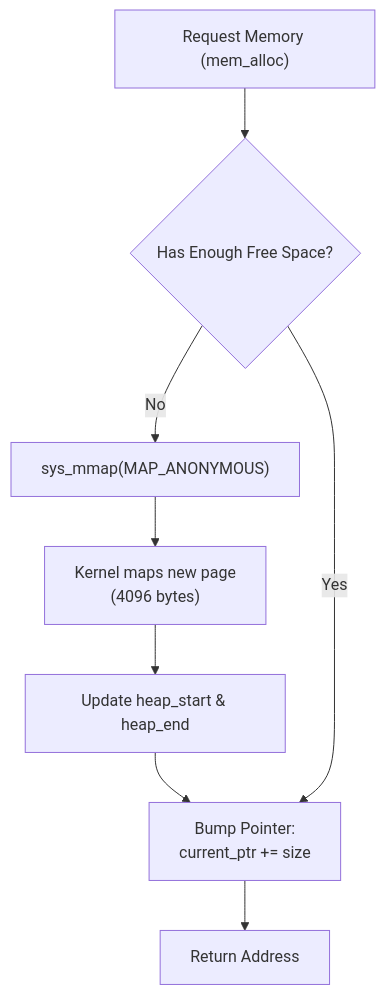
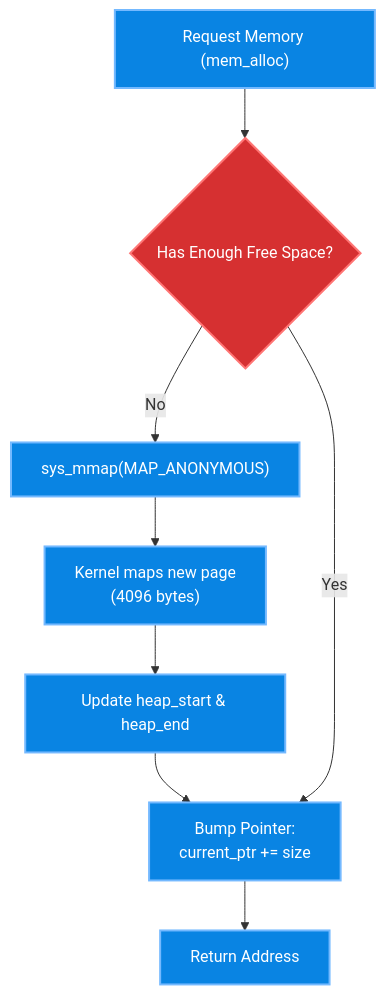
The third of 9 diagrams in README.md (Rohitbansaldeveloper/Linux-POSIX-Shell-Implementation-Using-System-Calls-in-C), drawn with Mermaid before and after one commit. The commit also changed other lines of this file, not shown here.

Commit message:
docs: improve flow diagrams with colors and formatting

````diff
--- a/README.md
+++ b/README.md
@@ -70,10 +79,13 @@
-  ```mermaid
-  flowchart TD
-      Start["Request Memory (mem_alloc)"] --> Check{"Has Enough Free Space?"}
-      Check -->|No| Syscall["sys_mmap(MAP_ANONYMOUS)"]
-      Syscall --> Map["Kernel maps new page<br>(4096 bytes)"]
-      Map --> SetPointers["Update heap_start & heap_end"]
-      SetPointers --> Allocate["Bump Pointer:<br>current_ptr += size"]
-      Check -->|Yes| Allocate
-      Allocate --> Return["Return Address"]
-  ```
+```mermaid
+flowchart TD
+    classDef func fill:#0984e3,stroke:#74b9ff,stroke-width:2px,color:#fff;
+    classDef dec fill:#d63031,stroke:#ff7675,stroke-width:2px,color:#fff;
+    
+    Start["Request Memory (mem_alloc)"]:::func --> Check{"Has Enough Free Space?"}:::dec
+    Check -->|"No"| Syscall["sys_mmap(MAP_ANONYMOUS)"]:::func
+    Syscall --> Map["Kernel maps new page<br/>(4096 bytes)"]:::func
+    Map --> SetPointers["Update heap_start & heap_end"]:::func
+    SetPointers --> Allocate["Bump Pointer:<br/>current_ptr += size"]:::func
+    Check -->|"Yes"| Allocate
+    Allocate --> Return["Return Address"]:::func
+```
````
